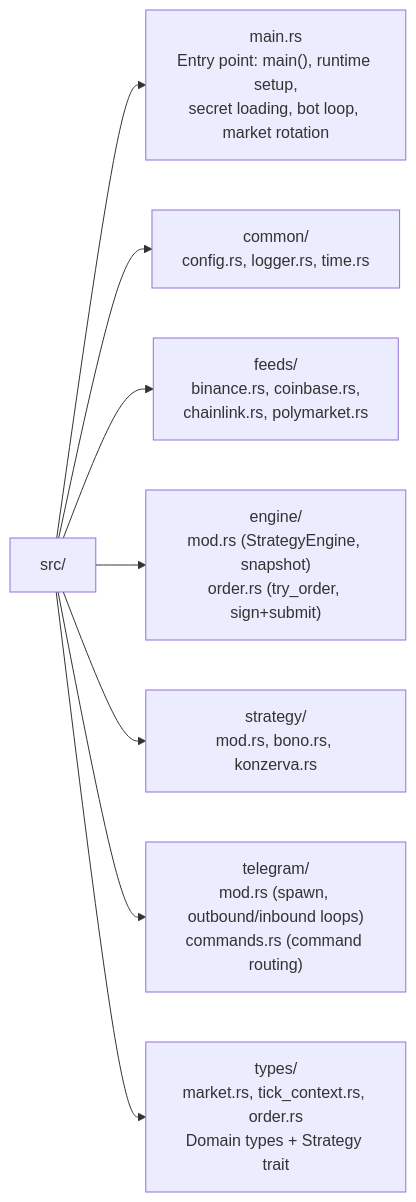
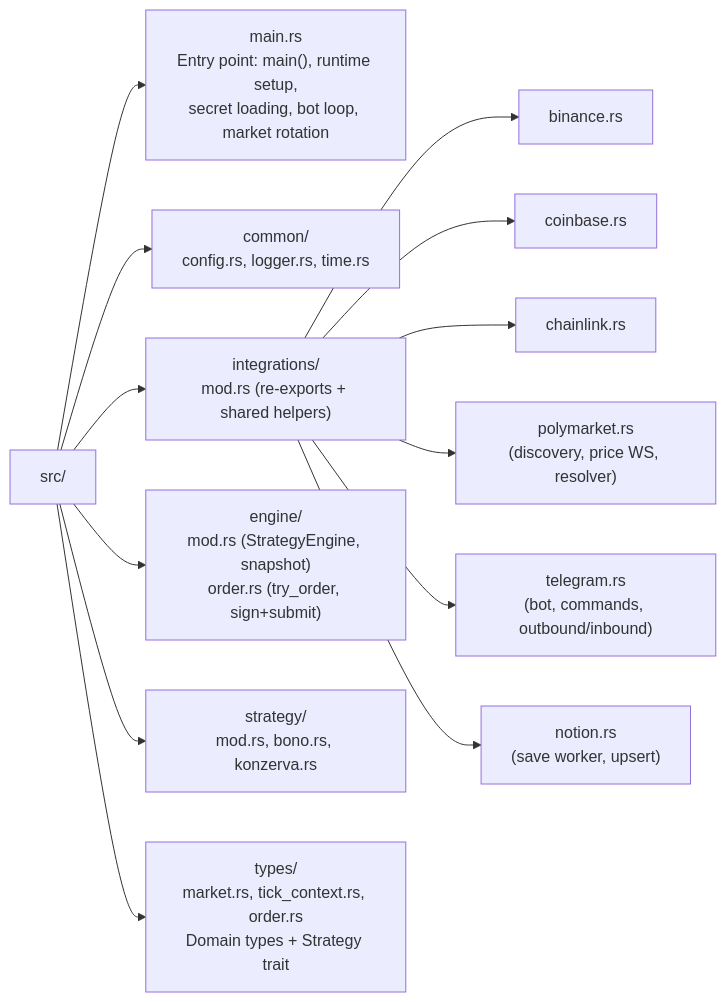
One commit to bbono/serekes changed the second of 3 diagrams in docs/ARCHITECTURE.md. Above: the diagram before and after it, drawn with Mermaid. The commit also changed other lines of this file and 13 other files, not shown here.

````diff
--- a/docs/ARCHITECTURE.md
+++ b/docs/ARCHITECTURE.md
@@ -61,10 +67,15 @@
 ```mermaid
 graph LR
     SRC["src/"] --> MAIN["main.rs<br/>Entry point: main(), runtime setup,<br/>secret loading, bot loop, market rotation"]
     SRC --> COMMON["common/<br/>config.rs, logger.rs, time.rs"]
-    SRC --> FEEDS["feeds/<br/>binance.rs, coinbase.rs,<br/>chainlink.rs, polymarket.rs"]
+    SRC --> INT["integrations/<br/>mod.rs (re-exports + shared helpers)"]
+    INT --> BIN["binance.rs"]
+    INT --> CB["coinbase.rs"]
+    INT --> CL["chainlink.rs"]
+    INT --> PM["polymarket.rs<br/>(discovery, price WS, resolver)"]
+    INT --> TG["telegram.rs<br/>(bot, commands, outbound/inbound)"]
+    INT --> NOTION["notion.rs<br/>(save worker, upsert)"]
     SRC --> ENG["engine/<br/>mod.rs (StrategyEngine, snapshot)<br/>order.rs (try_order, sign+submit)"]
     SRC --> STRAT["strategy/<br/>mod.rs, bono.rs, konzerva.rs"]
-    SRC --> TG["telegram/<br/>mod.rs (spawn, outbound/inbound loops)<br/>commands.rs (command routing)"]
     SRC --> TYP["types/<br/>market.rs, tick_context.rs, order.rs<br/>Domain types + Strategy trait"]
 ```
````
